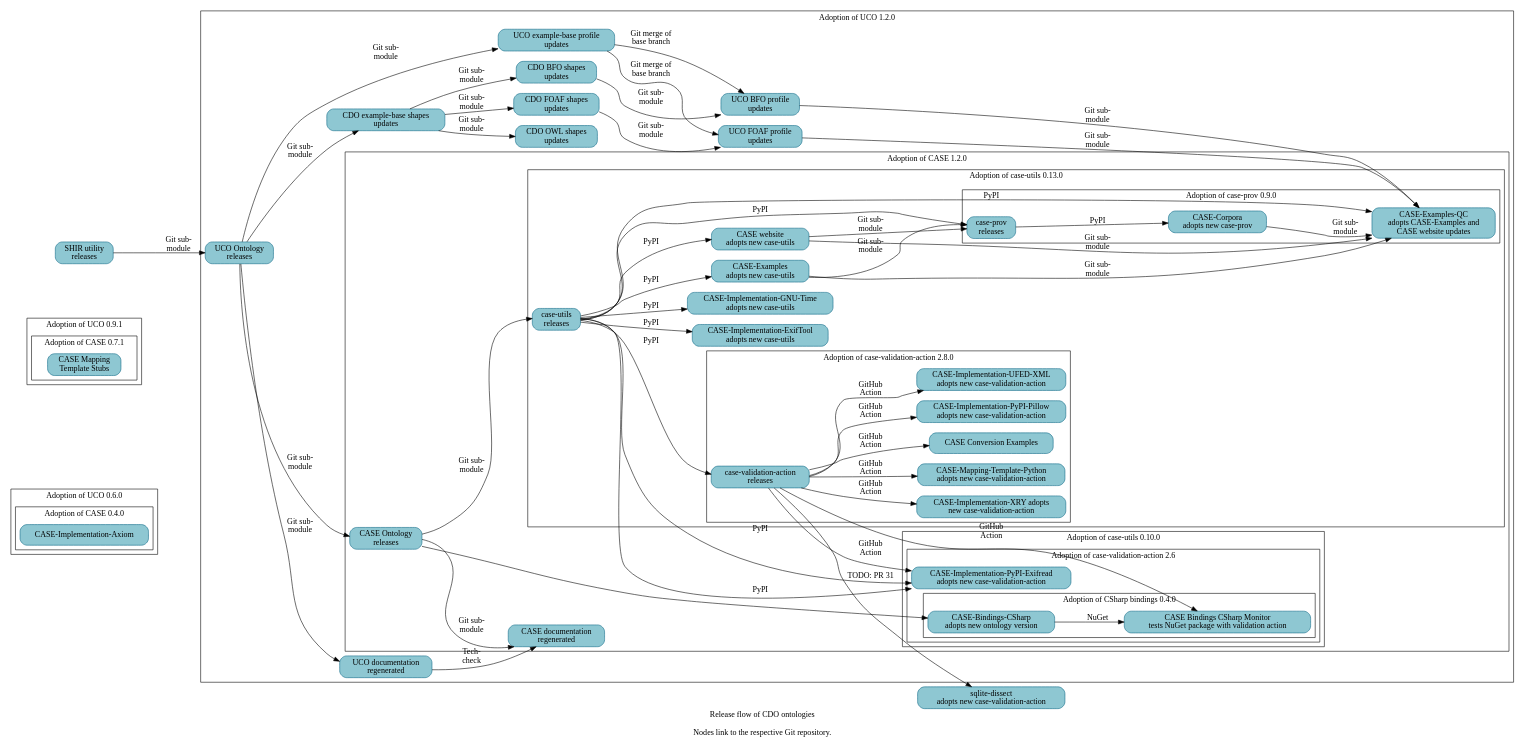
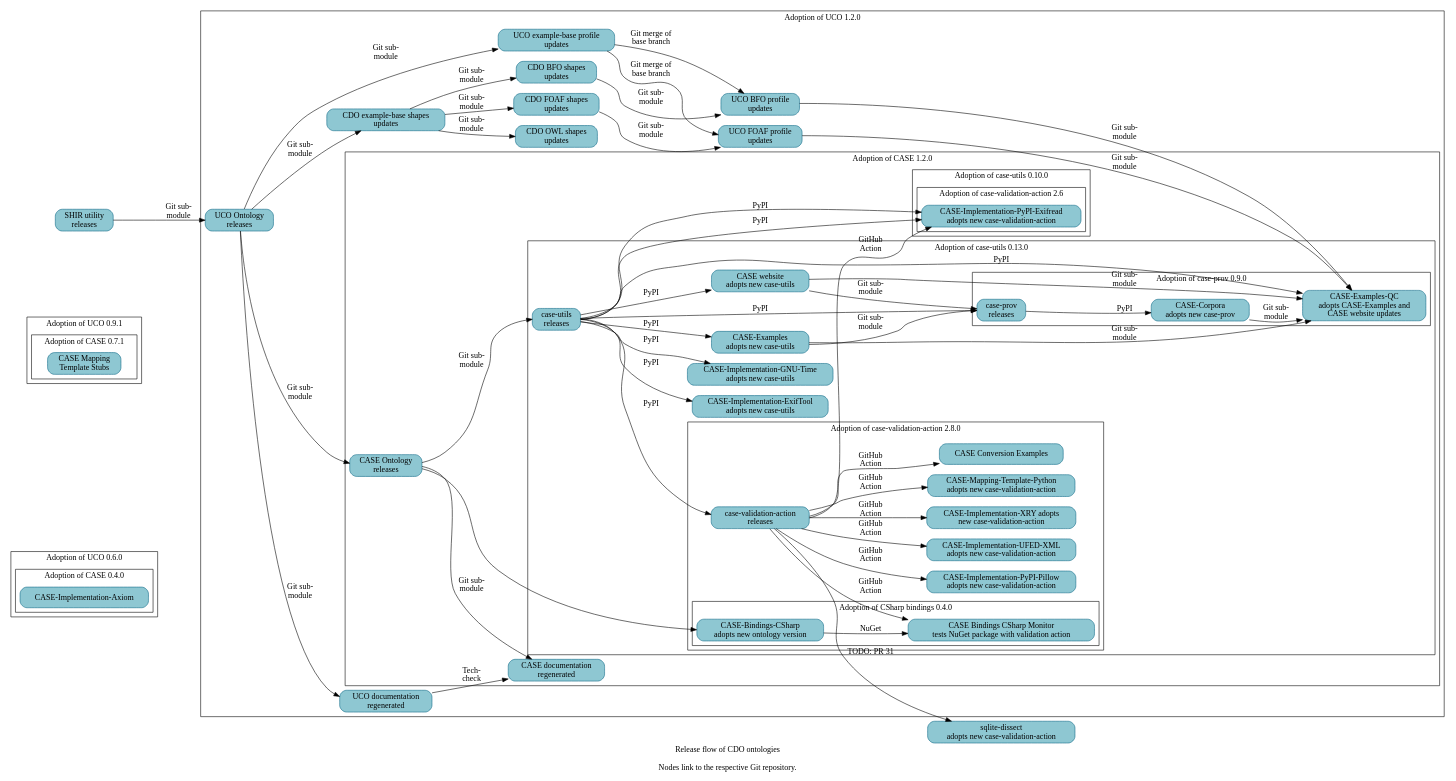
Before and after one commit to Cyber-Domain-Ontology/cdo.github.io: the diagram in resources/project_release_flow.dot, drawn with Graphviz. The commit also changed other lines of this file, not shown here.

First line of the commit message:
Bump adoption of case-validation-action

```diff
--- a/resources/project_release_flow.dot
+++ b/resources/project_release_flow.dot
@@ -1,141 +1,141 @@
 digraph "cdo_release_flow" {
   label = "Release flow of CDO ontologies\n\nNodes link to the respective Git repository." ;
   rankdir = "LR" ;
   node [shape="rectangle" style="filled,rounded" fillcolor="#8EC7D2" color="#0D6986"] ;
 
   // Define nodes in their corresponding progress subgraph.
 
   subgraph cluster_uco_0_6_0 {
     label = "Adoption of UCO 0.6.0" ;
 
     subgraph cluster_case_0_4_0 {
       label = "Adoption of CASE 0.4.0" ;
       _GH__CASEWORK__CASE_IMPLEMENTATION_AXIOM [URL="https://github.com/casework/CASE-Implementation-Axiom" label="CASE-Implementation-Axiom"] ;
     }
   }
 
   subgraph cluster_uco_0_9_1 {
     label = "Adoption of UCO 0.9.1" ;
 
     subgraph cluster_case_0_7_1 {
       label = "Adoption of CASE 0.7.1" ;
       _GH__CASEWORK__CASE_MAPPING_TEMPLATE_STUBS [URL="https://github.com/casework/CASE-Mapping-Template-Stubs" label="CASE Mapping\nTemplate Stubs"] ;
     }
   }
 
   subgraph cluster_uco_1_2_0 {
     label = "Adoption of UCO 1.2.0" ;
 
     _GH__CYBER_DOMAIN_ONTOLOGY__CDO_SHAPES_BFO [URL="https://github.com/Cyber-Domain-Ontology/CDO-Shapes-BFO" label="CDO BFO shapes\nupdates"] ;
     _GH__CYBER_DOMAIN_ONTOLOGY__CDO_SHAPES_EXAMPLE [URL="https://github.com/Cyber-Domain-Ontology/CDO-Shapes-Example" label="CDO example-base shapes\nupdates"] ;
     _GH__CYBER_DOMAIN_ONTOLOGY__CDO_SHAPES_FOAF [URL="https://github.com/Cyber-Domain-Ontology/CDO-Shapes-FOAF" label="CDO FOAF shapes\nupdates"] ;
     _GH__CYBER_DOMAIN_ONTOLOGY__CDO_SHAPES_OWL [URL="https://github.com/Cyber-Domain-Ontology/CDO-Shapes-OWL" label="CDO OWL shapes\nupdates"] ;
     _GH__UCOPROJECT__ONTOLOGY_UNIFIEDCYBERONTOLOGY_ORG [URL="https://github.com/ucoProject/ontology.unifiedcyberontology.org" label="UCO documentation\nregenerated"] ;
     _GH__UCOPROJECT__UCO [URL="https://github.com/ucoProject/UCO" label="UCO Ontology\nreleases"] ;
     _GH__UCOPROJECT__UCO_PROFILE_BFO [URL="https://github.com/ucoProject/UCO-Profile-BFO" label="UCO BFO profile\nupdates"] ;
     _GH__UCOPROJECT__UCO_PROFILE_EXAMPLE [URL="https://github.com/ucoProject/UCO-Profile-Example" label="UCO example-base profile\nupdates"] ;
     _GH__UCOPROJECT__UCO_PROFILE_FOAF [URL="https://github.com/ucoProject/UCO-Profile-FOAF" label="UCO FOAF profile\nupdates"] ;
 
     subgraph cluster_case_1_2_0 {
       label = "Adoption of CASE 1.2.0" ;
 
       _GH__CASEWORK__CASE [URL="https://github.com/casework/CASE" label="CASE Ontology\nreleases"] ;
       _GH__CASEWORK__ONTOLOGY_CASEONTOLOGY_ORG [URL="https://github.com/casework/ontology.caseontology.org" label="CASE documentation\nregenerated"] ;
 
       subgraph cluster_case_utils_0_10_0 {
         label = "Adoption of case-utils 0.10.0" ;
 
         subgraph cluster_case_validation_action_2_6 {
           label = "Adoption of case-validation-action 2.6" ;
 
           _GH__CASEWORK__CASE_IMPLEMENTATON_PYPI_EXIFREAD [URL="https://github.com/casework/CASE-Implementation-PyPI-Exifread" label="CASE-Implementation-PyPI-Exifread\nadopts new case-validation-action"] ;
-
-          subgraph cluster_case_bindings_csharp_0_4_0 {
-            label = "Adoption of CSharp bindings 0.4.0" ;
-
-            _GH__CASEWORK__CASE_BINDINGS_CSHARP_MONITOR [URL="https://github.com/casework/CASE-Bindings-CSharp-Monitor" label="CASE Bindings CSharp Monitor\ntests NuGet package with validation action"] ;
-            _GH__CIPHERTECHSOLUTIONS__CASE_BINDINGS_CSHARP [URL="https://github.com/ciphertechsolutions/CASE-Bindings-CSharp" label="CASE-Bindings-CSharp\nadopts new ontology version"] ;
-          }
         }
       }
 
       subgraph cluster_case_utils_0_13_0 {
         label = "Adoption of case-utils 0.13.0" ;
 
         _GH__CASEWORK__CASE_EXAMPLES [URL="https://github.com/casework/CASE-Examples" label="CASE-Examples\nadopts new case-utils"] ;
         _GH__CASEWORK__CASE_IMPLEMENTATON_EXIFTOOL [URL="https://github.com/casework/CASE-Implementation-ExifTool" label="CASE-Implementation-ExifTool\nadopts new case-utils"] ;
         _GH__CASEWORK__CASE_IMPLEMENTATON_GNU_TIME [URL="https://github.com/casework/CASE-Implementation-GNU-Time" label="CASE-Implementation-GNU-Time\nadopts new case-utils"] ;
         _GH__CASEWORK__CASE_UTILITIES_PYTHON [URL="https://github.com/casework/CASE-Utilities-Python" label="case-utils\nreleases"] ;
         _GH__CASEWORK__CASEWORK_GITHUB_IO [URL="https://github.com/casework/casework.github.io" label="CASE website\nadopts new case-utils"] ;
 
         subgraph cluster_case_prov_0_9_0 {
           label = "Adoption of case-prov 0.9.0" ;
 
           _GH__AJNELSON_NIST__CASE_EXAMPLES_QC [URL="https://github.com/ajnelson-nist/CASE-Examples-QC" label="CASE-Examples-QC\nadopts CASE-Examples and\nCASE website updates"] ;
           _GH__CASEWORK__CASE_CORPORA [URL="https://github.com/casework/CASE-Corpora" label="CASE-Corpora\nadopts new case-prov"] ;
           _GH__CASEWORK__CASE_IMPLEMENTATON_PROV_O [URL="https://github.com/casework/CASE-Implementation-PROV-O" label="case-prov\nreleases"] ;
         }
 
         subgraph cluster_case_validation_action_2_8_0 {
           label = "Adoption of case-validation-action 2.8.0" ;
 
           _GH__KCHASON__CASE_VALIDATION_ACTION [URL="https://github.com/kchason/case-validation-action" label="case-validation-action\nreleases"] ;
           _GH__CASEWORK__CASE_EXAMPLES_CONVERSION [URL="https://github.com/casework/CASE-Examples-Conversion" label="CASE Conversion Examples"] ;
           _GH__CASEWORK__CASE_IMPLEMENTATON_PYPI_PILLOW [URL="https://github.com/casework/CASE-Implementation-PyPI-Pillow" label="CASE-Implementation-PyPI-Pillow\nadopts new case-validation-action"] ;
           _GH__CASEWORK__CASE_IMPLEMENTATON_UFED_XML [URL="https://github.com/casework/CASE-Implementation-UFED-XML" label="CASE-Implementation-UFED-XML\nadopts new case-validation-action"] ;
           _GH__CASEWORK__CASE_IMPLEMENTATON_XRY [URL="https://github.com/casework/CASE-Implementation-XRY" label="CASE-Implementation-XRY adopts\nnew case-validation-action"] ;
           _GH__CASEWORK__CASE_MAPPING_TEMPLATE_PYTHON [URL="https://github.com/casework/CASE-Mapping-Template-Python" label="CASE-Mapping-Template-Python\nadopts new case-validation-action"] ;
+
+          subgraph cluster_case_bindings_csharp_0_4_0 {
+            label = "Adoption of CSharp bindings 0.4.0" ;
+
+            _GH__CASEWORK__CASE_BINDINGS_CSHARP_MONITOR [URL="https://github.com/casework/CASE-Bindings-CSharp-Monitor" label="CASE Bindings CSharp Monitor\ntests NuGet package with validation action"] ;
+            _GH__CIPHERTECHSOLUTIONS__CASE_BINDINGS_CSHARP [URL="https://github.com/ciphertechsolutions/CASE-Bindings-CSharp" label="CASE-Bindings-CSharp\nadopts new ontology version"] ;
+          }
         }
       }
     }
   }
 
   _GH__CASEWORK__CASE_UTILITY_SHACL_INHERITANCE_REVIEWER [URL="https://github.com/casework/CASE-Utility-SHACL-Inheritance-Reviewer" label="SHIR utility\nreleases"] ;
   _GH__DOD_CYBER_CRIME_CENTER__SQLITE_DISSECT [URL="https://github.com/dod-cyber-crime-center/sqlite-dissect" label="sqlite-dissect\nadopts new case-validation-action"] ;
 
   // Begin edges
 
   _GH__CASEWORK__CASE_EXAMPLES -> _GH__CASEWORK__CASE_IMPLEMENTATON_PROV_O [label="Git sub-\nmodule"] ;
   _GH__CASEWORK__CASEWORK_GITHUB_IO -> _GH__CASEWORK__CASE_IMPLEMENTATON_PROV_O [label="Git sub-\nmodule"] ;
   _GH__CASEWORK__CASE_CORPORA -> _GH__AJNELSON_NIST__CASE_EXAMPLES_QC [label="Git sub-\nmodule"] ;
 
   _GH__CASEWORK__CASE -> _GH__CASEWORK__CASE_UTILITIES_PYTHON [label="Git sub-\nmodule"] ;
   _GH__CASEWORK__CASE -> _GH__CIPHERTECHSOLUTIONS__CASE_BINDINGS_CSHARP ;
   _GH__CASEWORK__CASE -> _GH__CASEWORK__ONTOLOGY_CASEONTOLOGY_ORG [label="Git sub-\nmodule"] ; 
   _GH__CASEWORK__CASE_EXAMPLES -> _GH__AJNELSON_NIST__CASE_EXAMPLES_QC [label="Git sub-\nmodule"] ;
   _GH__CASEWORK__CASE_IMPLEMENTATON_PROV_O -> _GH__CASEWORK__CASE_CORPORA [label="PyPI"] ;
   _GH__CASEWORK__CASE_UTILITIES_PYTHON -> _GH__AJNELSON_NIST__CASE_EXAMPLES_QC [label="PyPI"] ;
   _GH__CASEWORK__CASE_UTILITIES_PYTHON -> _GH__CASEWORK__CASE_EXAMPLES [label="PyPI"] ;
   _GH__CASEWORK__CASE_UTILITIES_PYTHON -> _GH__CASEWORK__CASE_IMPLEMENTATON_EXIFTOOL [label="PyPI"] ;
   _GH__CASEWORK__CASE_UTILITIES_PYTHON -> _GH__CASEWORK__CASE_IMPLEMENTATON_GNU_TIME [label="PyPI"] ;
   _GH__CASEWORK__CASE_UTILITIES_PYTHON -> _GH__CASEWORK__CASE_IMPLEMENTATON_PROV_O [label="PyPI"] ;
   _GH__CASEWORK__CASE_UTILITIES_PYTHON -> _GH__CASEWORK__CASE_IMPLEMENTATON_PYPI_EXIFREAD [label="PyPI"] ;
   _GH__CASEWORK__CASE_UTILITIES_PYTHON -> _GH__KCHASON__CASE_VALIDATION_ACTION [label="PyPI"] ;
   _GH__CASEWORK__CASE_UTILITIES_PYTHON -> _GH__CASEWORK__CASEWORK_GITHUB_IO [label="PyPI"] ;
   _GH__CASEWORK__CASE_UTILITY_SHACL_INHERITANCE_REVIEWER -> _GH__UCOPROJECT__UCO [label="Git sub-\nmodule"] ;
   _GH__CASEWORK__CASEWORK_GITHUB_IO -> _GH__AJNELSON_NIST__CASE_EXAMPLES_QC [label="Git sub-\nmodule"] ;
   _GH__CIPHERTECHSOLUTIONS__CASE_BINDINGS_CSHARP -> _GH__CASEWORK__CASE_BINDINGS_CSHARP_MONITOR [label="NuGet"] ;
   _GH__CYBER_DOMAIN_ONTOLOGY__CDO_SHAPES_BFO -> _GH__UCOPROJECT__UCO_PROFILE_BFO [label="Git sub-\nmodule"] ;
   _GH__CYBER_DOMAIN_ONTOLOGY__CDO_SHAPES_EXAMPLE -> _GH__CYBER_DOMAIN_ONTOLOGY__CDO_SHAPES_BFO [label="Git sub-\nmodule"] ;
   _GH__CYBER_DOMAIN_ONTOLOGY__CDO_SHAPES_EXAMPLE -> _GH__CYBER_DOMAIN_ONTOLOGY__CDO_SHAPES_FOAF [label="Git sub-\nmodule"] ;
   _GH__CYBER_DOMAIN_ONTOLOGY__CDO_SHAPES_EXAMPLE -> _GH__CYBER_DOMAIN_ONTOLOGY__CDO_SHAPES_OWL [label="Git sub-\nmodule"] ;
   _GH__CYBER_DOMAIN_ONTOLOGY__CDO_SHAPES_FOAF -> _GH__UCOPROJECT__UCO_PROFILE_FOAF [label="Git sub-\nmodule"] ;
   _GH__KCHASON__CASE_VALIDATION_ACTION -> _GH__CASEWORK__CASE_BINDINGS_CSHARP_MONITOR [label="GitHub\nAction"] ;
   _GH__KCHASON__CASE_VALIDATION_ACTION -> _GH__CASEWORK__CASE_EXAMPLES_CONVERSION [label="GitHub\nAction"];
   _GH__CASEWORK__CASE_UTILITIES_PYTHON -> _GH__CASEWORK__CASE_IMPLEMENTATON_PYPI_EXIFREAD [label="PyPI"] ;
   _GH__KCHASON__CASE_VALIDATION_ACTION -> _GH__CASEWORK__CASE_IMPLEMENTATON_PYPI_EXIFREAD [label="GitHub\nAction"] ;
   _GH__KCHASON__CASE_VALIDATION_ACTION -> _GH__CASEWORK__CASE_IMPLEMENTATON_PYPI_PILLOW [label="GitHub\nAction"] ;
   _GH__KCHASON__CASE_VALIDATION_ACTION -> _GH__CASEWORK__CASE_IMPLEMENTATON_UFED_XML [label="GitHub\nAction"] ;
   _GH__KCHASON__CASE_VALIDATION_ACTION -> _GH__CASEWORK__CASE_IMPLEMENTATON_XRY [label="GitHub\nAction"] ;
   _GH__KCHASON__CASE_VALIDATION_ACTION -> _GH__CASEWORK__CASE_MAPPING_TEMPLATE_PYTHON [label="GitHub\nAction"] ;
   _GH__KCHASON__CASE_VALIDATION_ACTION -> _GH__DOD_CYBER_CRIME_CENTER__SQLITE_DISSECT [URL="https://github.com/dod-cyber-crime-center/sqlite-dissect/pull/31" label="TODO: PR 31"] ;
   _GH__UCOPROJECT__ONTOLOGY_UNIFIEDCYBERONTOLOGY_ORG -> _GH__CASEWORK__ONTOLOGY_CASEONTOLOGY_ORG [label="Tech-\ncheck"];
   _GH__UCOPROJECT__UCO -> _GH__CASEWORK__CASE [label="Git sub-\nmodule"] ;
   _GH__UCOPROJECT__UCO -> _GH__CYBER_DOMAIN_ONTOLOGY__CDO_SHAPES_EXAMPLE [label="Git sub-\nmodule"] ;
   _GH__UCOPROJECT__UCO -> _GH__UCOPROJECT__ONTOLOGY_UNIFIEDCYBERONTOLOGY_ORG [label="Git sub-\nmodule"] ;
   _GH__UCOPROJECT__UCO -> _GH__UCOPROJECT__UCO_PROFILE_EXAMPLE [label="Git sub-\nmodule"] ;
   _GH__UCOPROJECT__UCO_PROFILE_BFO -> _GH__AJNELSON_NIST__CASE_EXAMPLES_QC [label="Git sub-\nmodule"] ;
   _GH__UCOPROJECT__UCO_PROFILE_EXAMPLE -> _GH__UCOPROJECT__UCO_PROFILE_BFO [label="Git merge of\nbase branch"] ;
   _GH__UCOPROJECT__UCO_PROFILE_EXAMPLE -> _GH__UCOPROJECT__UCO_PROFILE_FOAF [label="Git merge of\nbase branch"] ;
   _GH__UCOPROJECT__UCO_PROFILE_FOAF -> _GH__AJNELSON_NIST__CASE_EXAMPLES_QC [label="Git sub-\nmodule"] ;
 }
```
